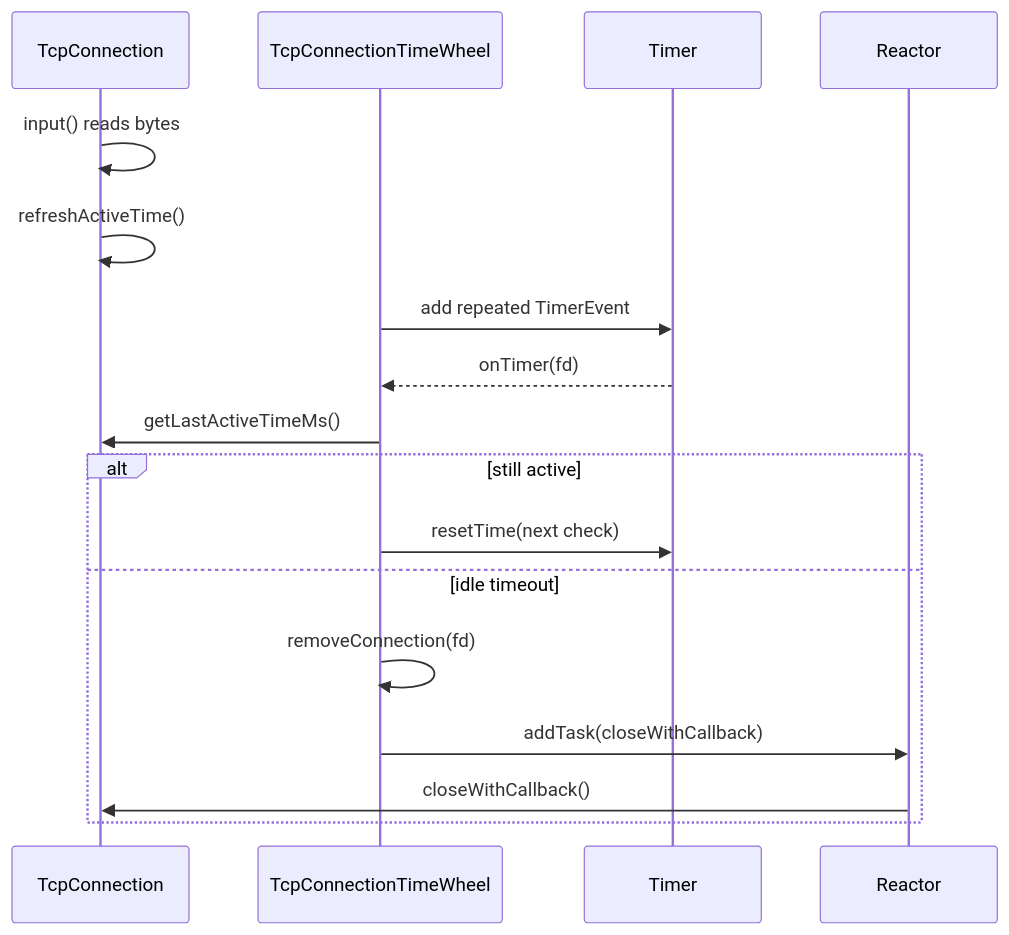
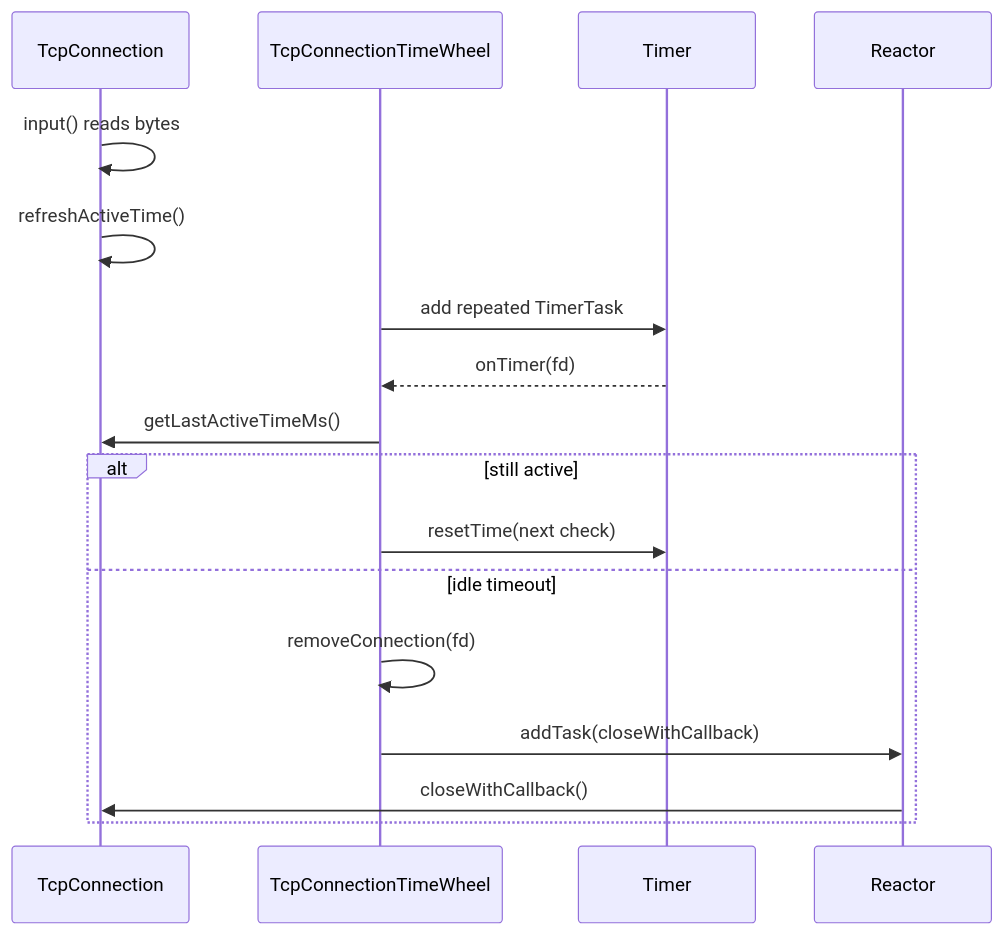
One commit to echo9923/rpc changed the fourth of 4 diagrams in docs/stage-10.md. Above: the diagram before and after it, drawn with Mermaid. The commit also changed other lines of this file and 22 other files, not shown here.

Commit message:
refactor(timer): 将 TimerEvent 统一重命名为 TimerTask

````diff
--- a/docs/stage-10.md
+++ b/docs/stage-10.md
@@ -153,20 +153,20 @@
 ```mermaid
 sequenceDiagram
     participant Connection as TcpConnection
     participant Wheel as TcpConnectionTimeWheel
     participant Timer as Timer
     participant Reactor as Reactor
 
     Connection->>Connection: input() reads bytes
     Connection->>Connection: refreshActiveTime()
-    Wheel->>Timer: add repeated TimerEvent
+    Wheel->>Timer: add repeated TimerTask
     Timer-->>Wheel: onTimer(fd)
     Wheel->>Connection: getLastActiveTimeMs()
     alt still active
         Wheel->>Timer: resetTime(next check)
     else idle timeout
         Wheel->>Wheel: removeConnection(fd)
         Wheel->>Reactor: addTask(closeWithCallback)
         Reactor->>Connection: closeWithCallback()
     end
 ```
````
